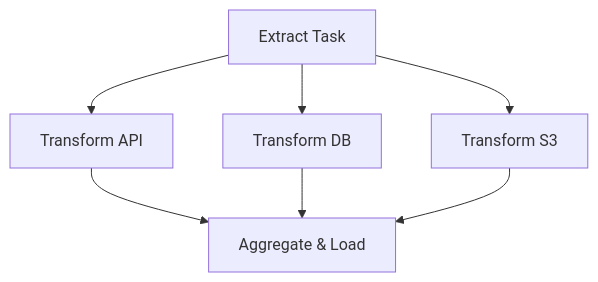
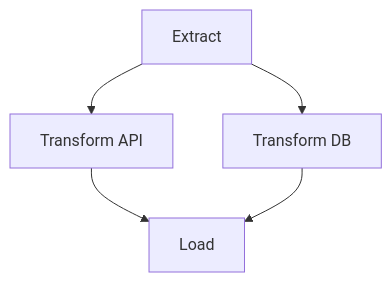
The first of 2 diagrams in README.md (aakashrohila/Airflow_Tutorial), drawn with Mermaid before and after one commit. The commit also changed other lines of this file, not shown here.

````diff
--- a/README.md
+++ b/README.md
@@ -37,9 +37,7 @@
 ```mermaid
 graph TD
-    Start[Extract Task] --> API[Transform API]
-    Start --> DB[Transform DB]
-    Start --> S3[Transform S3]
-    API --> Final[Aggregate & Load]
-    DB --> Final
-    S3 --> Final
+    Start[Extract] --> T1[Transform API]
+    Start --> T2[Transform DB]
+    T1 --> Final[Load]
+    T2 --> Final
 ```
````
